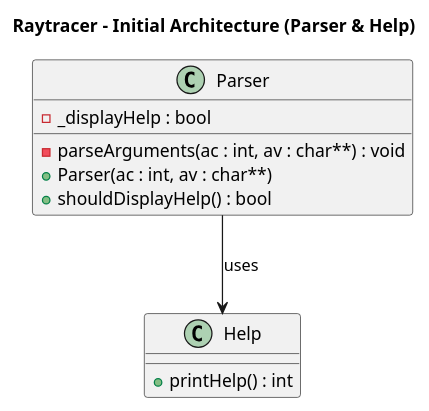
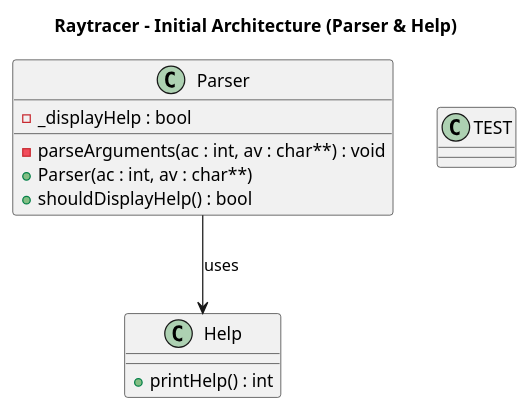
The diagram in docs/uml/diagram.puml (cassydjye/RAYTRACER_CI), drawn with PlantUML before and after one commit. The commit also changed 1 other file, not shown here.

Commit message:
Feat: test push mirror

```diff
--- a/docs/uml/diagram.puml
+++ b/docs/uml/diagram.puml
@@ -1,18 +1,21 @@
 @startuml
 
 title Raytracer - Initial Architecture (Parser & Help)
 
 class Parser {
     - _displayHelp : bool
     - parseArguments(ac : int, av : char**) : void
     + Parser(ac : int, av : char**)
     + shouldDisplayHelp() : bool
 }
 
 class Help {
     + printHelp() : int
 }
 
+class TEST {
+}
+
 Parser --> Help : uses
 
 @enduml
```
